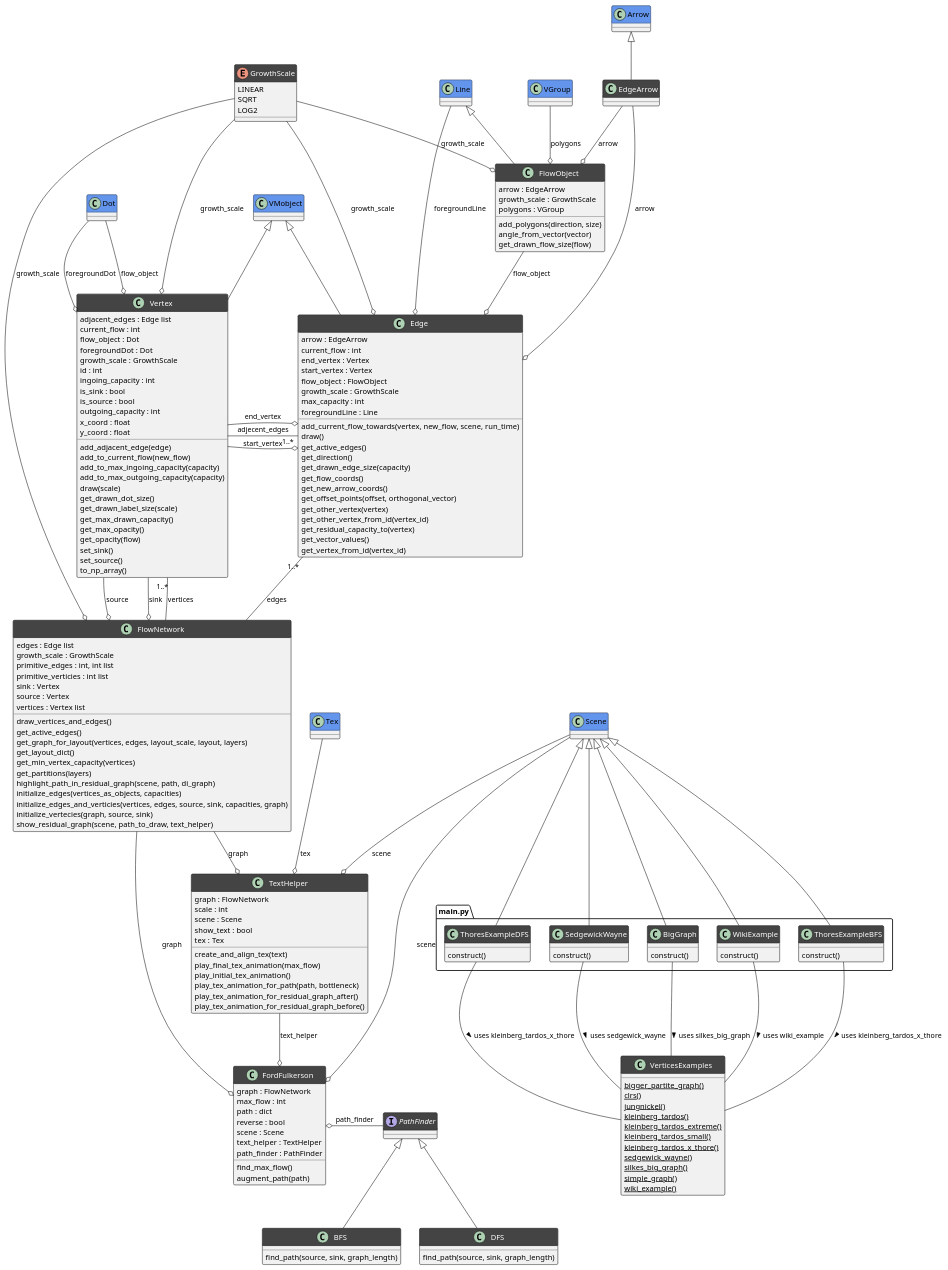
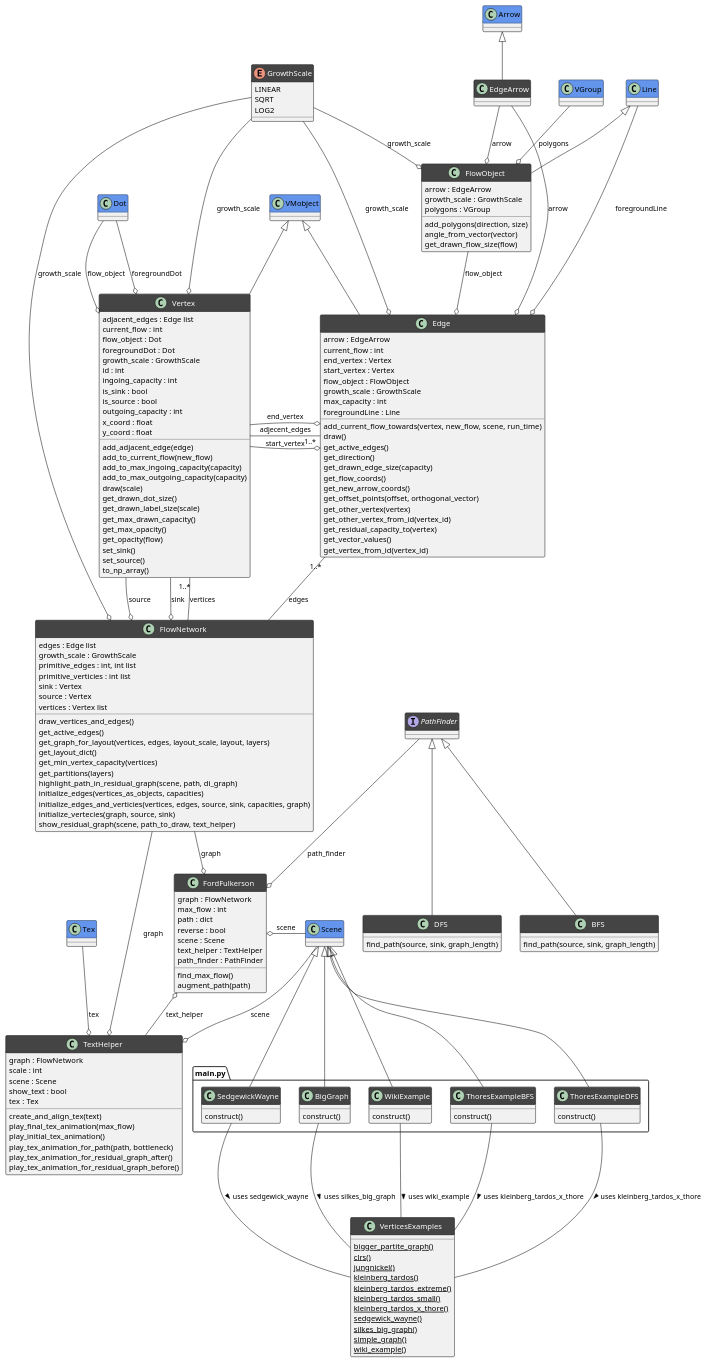
The diagram in classesDiagram.puml (rakulmaria/bachelor-spring-24), drawn with PlantUML before and after one commit.

Commit message:
maybe this

```diff
--- a/classesDiagram.puml
+++ b/classesDiagram.puml
@@ -185,7 +185,7 @@
 Scene <|--  ThoresExampleDFS
 Scene <|--  WikiExample
 Line <|-- FlowObject
-FordFulkerson o-r- PathFinder : path_finder
+FordFulkerson o-up- PathFinder : path_finder
 PathFinder <|-- BFS
 PathFinder <|-- DFS
 VGroup --o FlowObject : polygons
@@ -200,7 +200,7 @@
 FlowObject --o Edge : flow_object
 TextHelper --o FordFulkerson : text_helper
 FlowNetwork --o TextHelper : graph
-Scene --o FordFulkerson : scene
+Scene -l-o FordFulkerson : scene
 FlowNetwork --o FordFulkerson : graph
 Scene --o TextHelper : scene
 GrowthScale --o FlowNetwork : growth_scale
```
